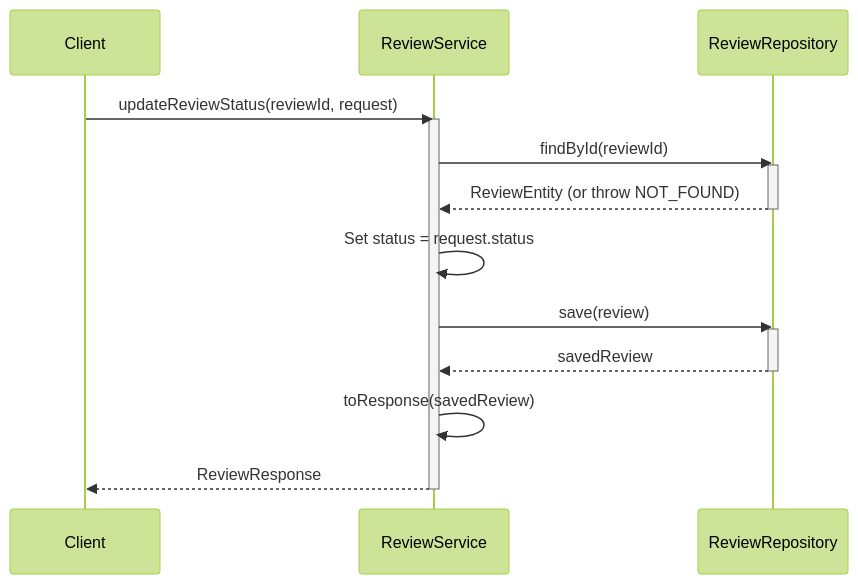
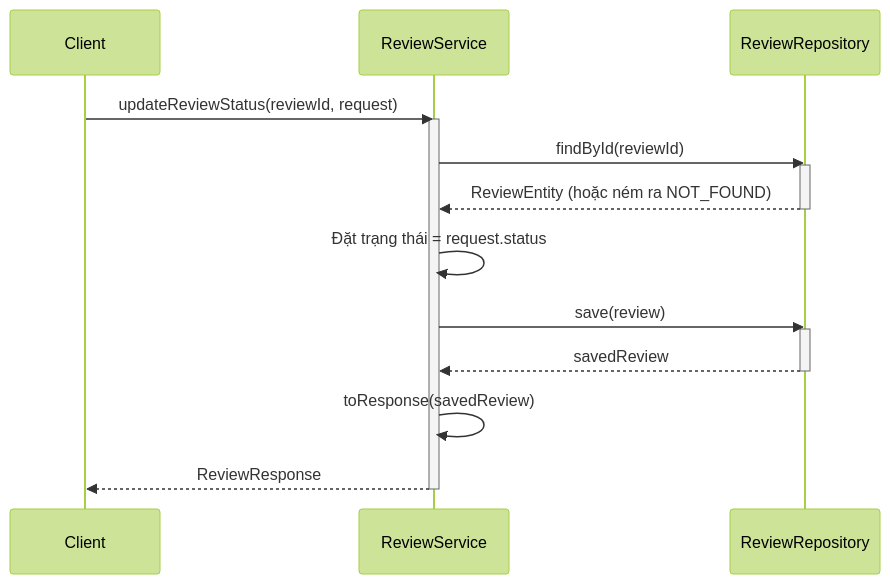
Before and after one commit to aquoc09/easymall: the fifth of 6 diagrams in .agent/sequence/review_service_sequence_diagrams.md, drawn with Mermaid (forest theme). The commit also changed other lines of this file and 18 other files, not shown here.

Commit message:
UPDATE: Sequence diagram vietnamese

````diff
--- a/.agent/sequence/review_service_sequence_diagrams.md
+++ b/.agent/sequence/review_service_sequence_diagrams.md
@@ -160,26 +160,26 @@
 ```mermaid
 sequenceDiagram
     participant Client
     participant ReviewService
     participant ReviewRepository
 
     Client->>ReviewService: updateReviewStatus(reviewId, request)
     activate ReviewService
 
     ReviewService->>ReviewRepository: findById(reviewId)
     activate ReviewRepository
-    ReviewRepository-->>ReviewService: ReviewEntity (or throw NOT_FOUND)
+    ReviewRepository-->>ReviewService: ReviewEntity (hoặc ném ra NOT_FOUND)
     deactivate ReviewRepository
 
-    ReviewService->>ReviewService: Set status = request.status
+    ReviewService->>ReviewService: Đặt trạng thái = request.status
 
     ReviewService->>ReviewRepository: save(review)
     activate ReviewRepository
     ReviewRepository-->>ReviewService: savedReview
     deactivate ReviewRepository
 
     ReviewService->>ReviewService: toResponse(savedReview)
     
     ReviewService-->>Client: ReviewResponse
     deactivate ReviewService
 ```
````
